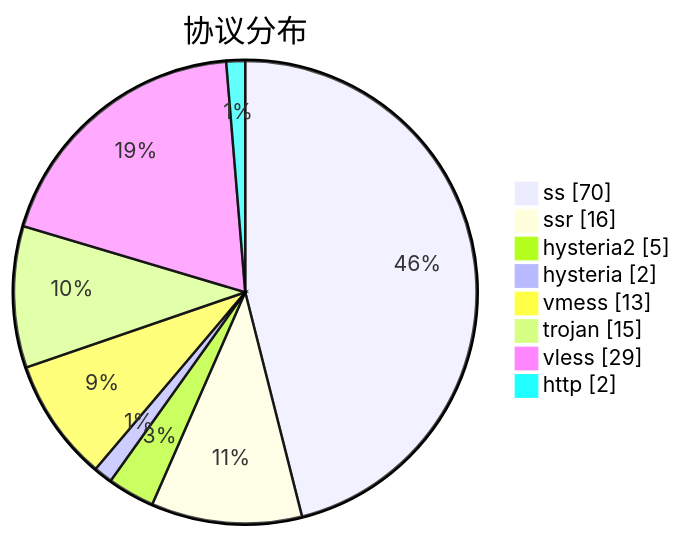
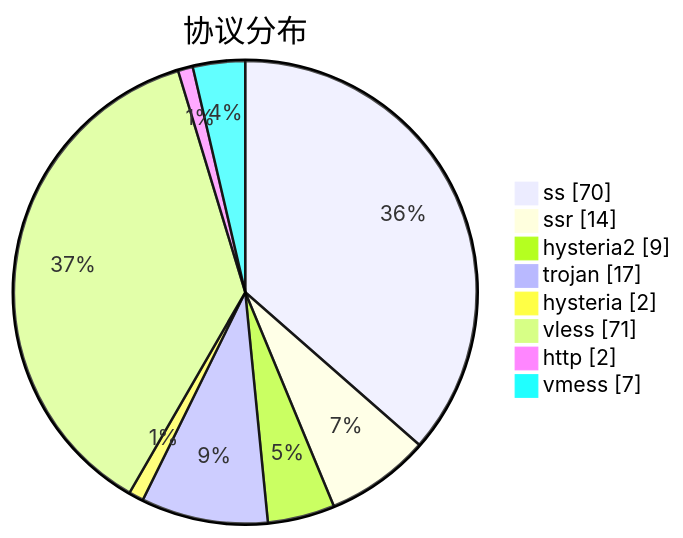
The third of 3 diagrams in subs/statistics/tested_within.md (sinspired/airport), drawn with Mermaid before and after one commit. The commit also changed other lines of this file and 2 other files, not shown here.

````diff
--- a/subs/statistics/tested_within.md
+++ b/subs/statistics/tested_within.md
@@ -54,12 +56,12 @@
 ```mermaid
 pie showData
 title 协议分布
 "ss" : 70
-"ssr" : 16
-"hysteria2" : 5
+"ssr" : 14
+"hysteria2" : 9
+"trojan" : 17
 "hysteria" : 2
-"vmess" : 13
-"trojan" : 15
-"vless" : 29
+"vless" : 71
 "http" : 2
+"vmess" : 7
 ```
````
